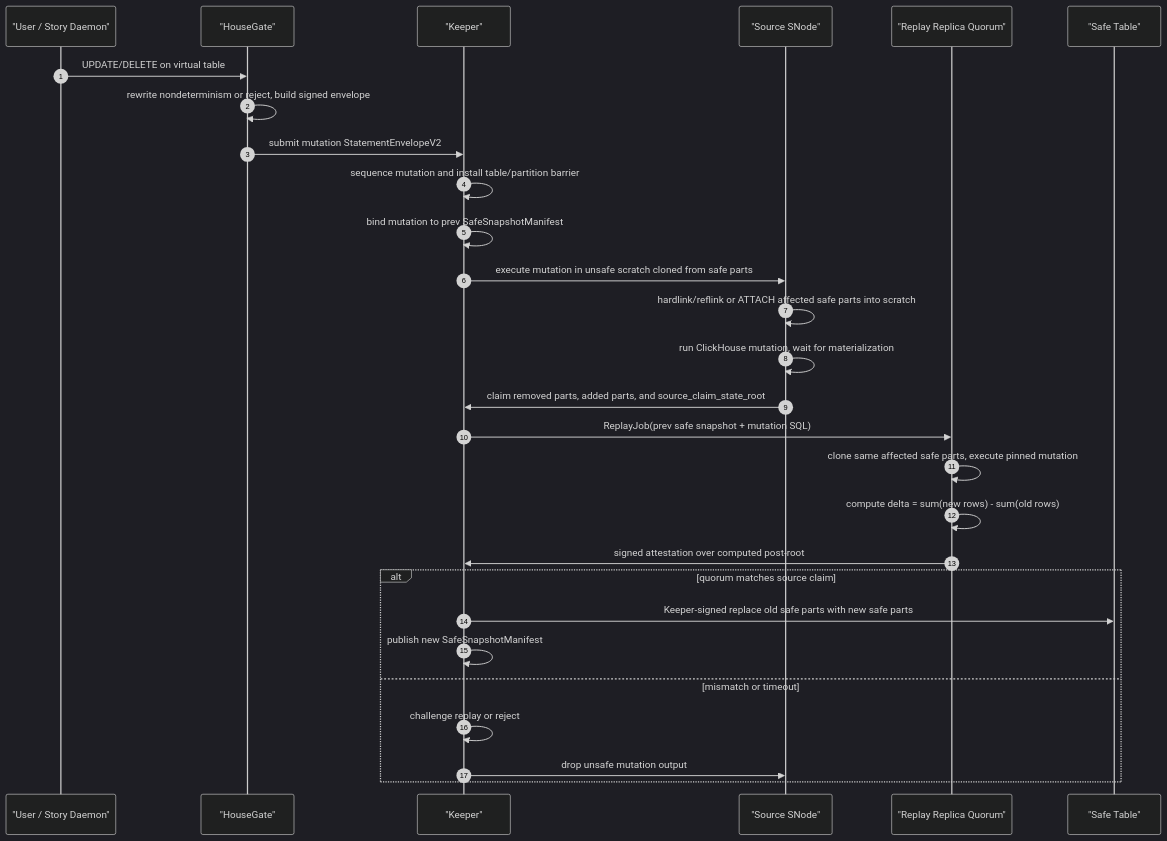
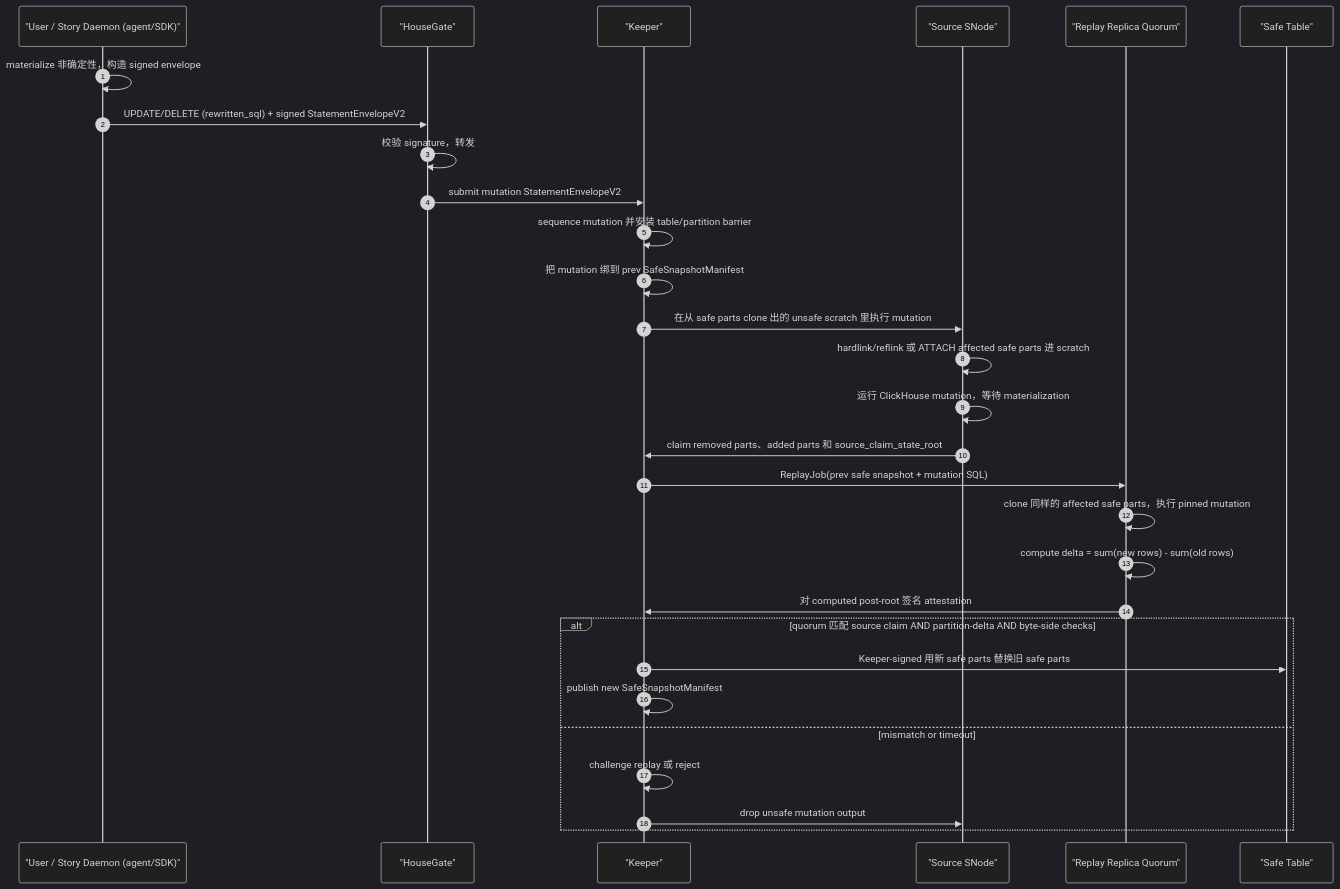
One commit to housegate/housegate changed the second of 3 diagrams in docs/superpowers/specs/2026-06-22-storage-integrity-design.zh-CN.md. Above: the diagram before and after it, drawn with Mermaid (dark theme). The commit also changed other lines of this file and 1 other file, not shown here.

First line of the commit message:
docs(specs): harden storage integrity design — promotion check, promote flow, rewrite split

````diff
--- a/docs/superpowers/specs/2026-06-22-storage-integrity-design.zh-CN.md
+++ b/docs/superpowers/specs/2026-06-22-storage-integrity-design.zh-CN.md
@@ -400,31 +477,32 @@
 ```mermaid
 sequenceDiagram
     autonumber
-    participant U as "User / Story Daemon"
+    participant U as "User / Story Daemon (agent/SDK)"
     participant HG as "HouseGate"
     participant K as "Keeper"
     participant S as "Source SNode"
     participant R as "Replay Replica Quorum"
     participant Safe as "Safe Table"
 
-    U->>HG: UPDATE/DELETE on virtual table
-    HG->>HG: rewrite nondeterminism or reject, build signed envelope
+    U->>U: materialize 非确定性，构造 signed envelope
+    U->>HG: UPDATE/DELETE (rewritten_sql) + signed StatementEnvelopeV2
+    HG->>HG: 校验 signature，转发
     HG->>K: submit mutation StatementEnvelopeV2
-    K->>K: sequence mutation and install table/partition barrier
-    K->>K: bind mutation to prev SafeSnapshotManifest
-    K->>S: execute mutation in unsafe scratch cloned from safe parts
-    S->>S: hardlink/reflink or ATTACH affected safe parts into scratch
-    S->>S: run ClickHouse mutation, wait for materialization
-    S->>K: claim removed parts, added parts, and source_claim_state_root
+    K->>K: sequence mutation 并安装 table/partition barrier
+    K->>K: 把 mutation 绑到 prev SafeSnapshotManifest
+    K->>S: 在从 safe parts clone 出的 unsafe scratch 里执行 mutation
+    S->>S: hardlink/reflink 或 ATTACH affected safe parts 进 scratch
+    S->>S: 运行 ClickHouse mutation，等待 materialization
+    S->>K: claim removed parts、added parts 和 source_claim_state_root
     K->>R: ReplayJob(prev safe snapshot + mutation SQL)
-    R->>R: clone same affected safe parts, execute pinned mutation
+    R->>R: clone 同样的 affected safe parts，执行 pinned mutation
     R->>R: compute delta = sum(new rows) - sum(old rows)
-    R->>K: signed attestation over computed post-root
-    alt quorum matches source claim
-        K->>Safe: Keeper-signed replace old safe parts with new safe parts
+    R->>K: 对 computed post-root 签名 attestation
+    alt quorum 匹配 source claim AND partition-delta AND byte-side checks
+        K->>Safe: Keeper-signed 用新 safe parts 替换旧 safe parts
         K->>K: publish new SafeSnapshotManifest
     else mismatch or timeout
-        K->>K: challenge replay or reject
+        K->>K: challenge replay 或 reject
         K->>S: drop unsafe mutation output
     end
 ```
````
